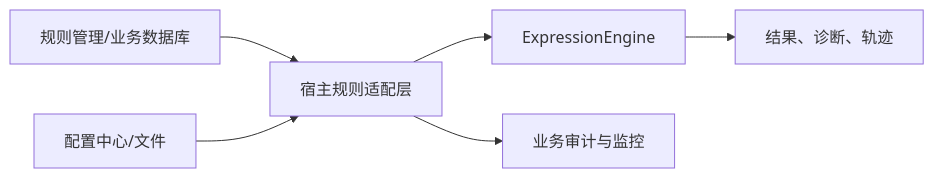
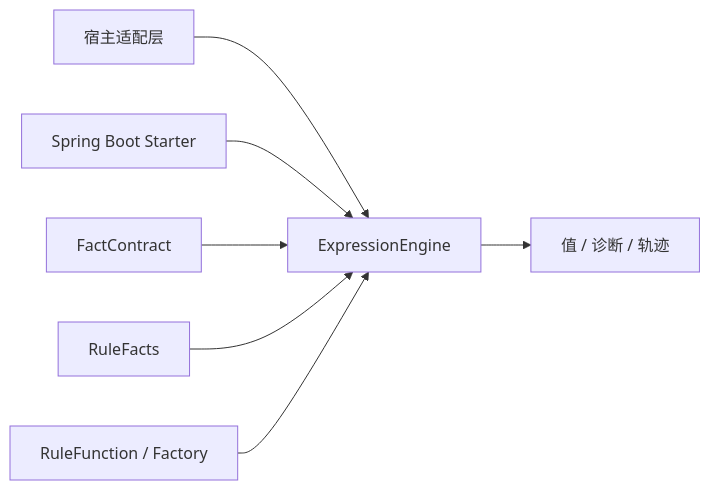
One commit to leylaragg/letool changed the diagram in letool-rule-engine-core/docs/architecture.md. Above: the diagram before and after it, drawn with Mermaid. The commit also changed other lines of this file and 71 other files, not shown here.

First line of the commit message:
feat(rule-engine)!: 重构 Letool 规则引擎 3.0 核心架构

````diff
--- a/letool-rule-engine-core/docs/architecture.md
+++ b/letool-rule-engine-core/docs/architecture.md
@@ -178,8 +7,9 @@
 ```mermaid
 flowchart LR
-    Manage["规则管理/业务数据库"] --> Host["宿主规则适配层"]
-    Config["配置中心/文件"] --> Host
-    Host --> Engine["ExpressionEngine"]
-    Engine --> Result["结果、诊断、轨迹"]
-    Host --> Audit["业务审计与监控"]
+    Host["宿主适配层"] --> Engine["ExpressionEngine"]
+    Starter["Spring Boot Starter"] --> Engine
+    Contract["FactContract"] --> Engine
+    Facts["RuleFacts"] --> Engine
+    Functions["RuleFunction / Factory"] --> Engine
+    Engine --> Result["值 / 诊断 / 轨迹"]
 ```
````
